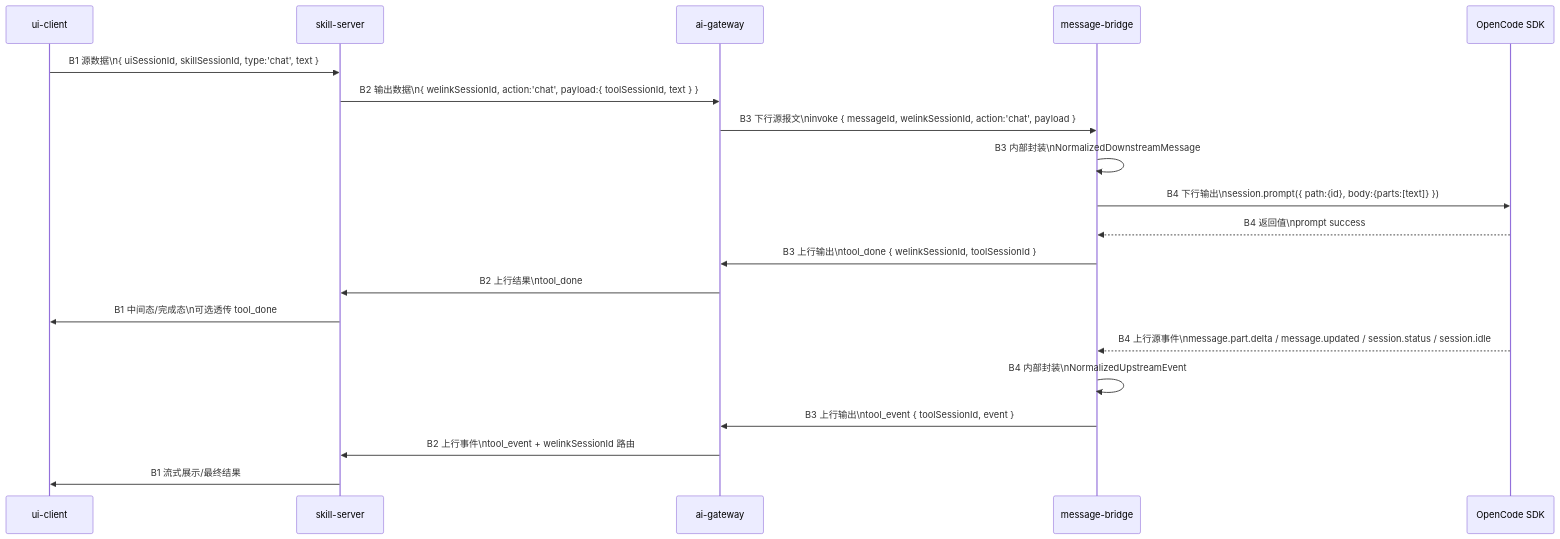
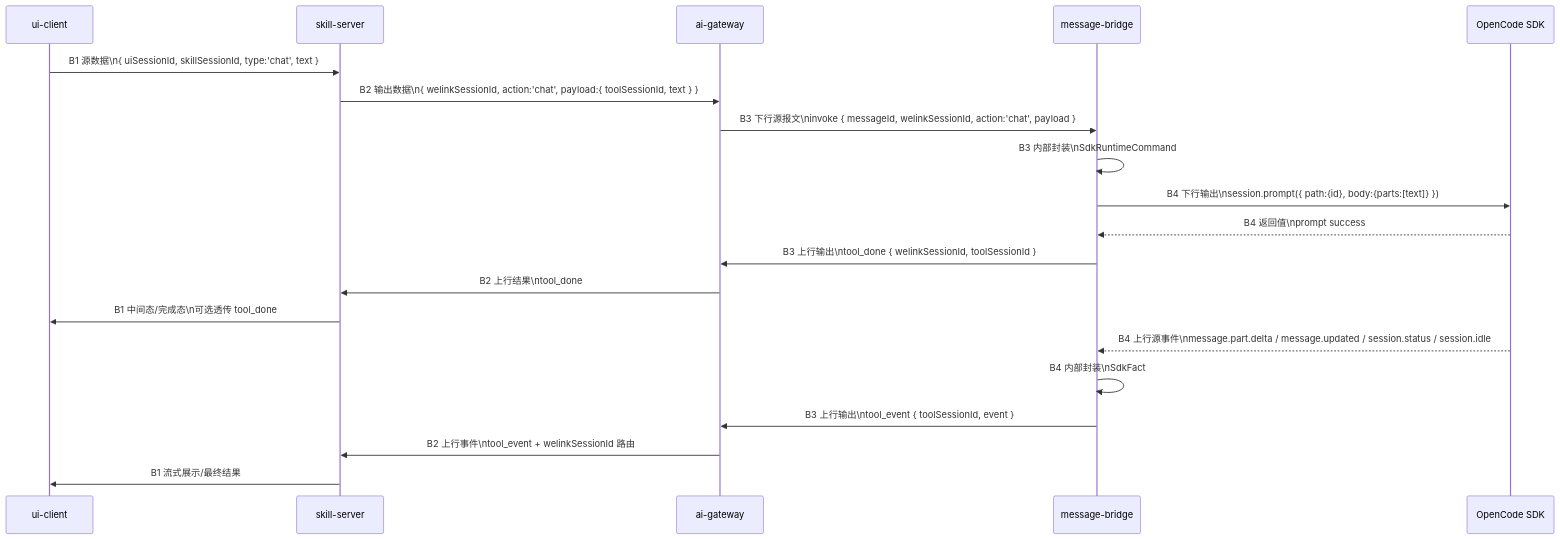
The fifth of 6 diagrams in plugins/message-bridge/docs/design/interfaces/end-to-end-message-flow.md (yuzhangCZ/agent-plugin), drawn with Mermaid before and after one commit. The commit also changed other lines of this file and 90 other files, not shown here.

Commit message:
refactor(message-bridge): remove legacy runtime residue

````diff
--- a/plugins/message-bridge/docs/design/interfaces/end-to-end-message-flow.md
+++ b/plugins/message-bridge/docs/design/interfaces/end-to-end-message-flow.md
@@ -981,24 +977,24 @@
 ```mermaid
 sequenceDiagram
   participant UI as ui-client
   participant SKILL as skill-server
   participant GW as ai-gateway
   participant BRIDGE as message-bridge
   participant SDK as OpenCode SDK
 
   UI->>SKILL: B1 源数据\n{ uiSessionId, skillSessionId, type:'chat', text }
   SKILL->>GW: B2 输出数据\n{ welinkSessionId, action:'chat', payload:{ toolSessionId, text } }
   GW->>BRIDGE: B3 下行源报文\ninvoke { messageId, welinkSessionId, action:'chat', payload }
-  BRIDGE->>BRIDGE: B3 内部封装\nNormalizedDownstreamMessage
+  BRIDGE->>BRIDGE: B3 内部封装\nSdkRuntimeCommand
   BRIDGE->>SDK: B4 下行输出\nsession.prompt({ path:{id}, body:{parts:[text]} })
   SDK-->>BRIDGE: B4 返回值\nprompt success
   BRIDGE->>GW: B3 上行输出\ntool_done { welinkSessionId, toolSessionId }
   GW->>SKILL: B2 上行结果\ntool_done
   SKILL->>UI: B1 中间态/完成态\n可选透传 tool_done
 
   SDK-->>BRIDGE: B4 上行源事件\nmessage.part.delta / message.updated / session.status / session.idle
-  BRIDGE->>BRIDGE: B4 内部封装\nNormalizedUpstreamEvent
+  BRIDGE->>BRIDGE: B4 内部封装\nSdkFact
   BRIDGE->>GW: B3 上行输出\ntool_event { toolSessionId, event }
   GW->>SKILL: B2 上行事件\ntool_event + welinkSessionId 路由
   SKILL->>UI: B1 流式展示/最终结果
 ```
````
